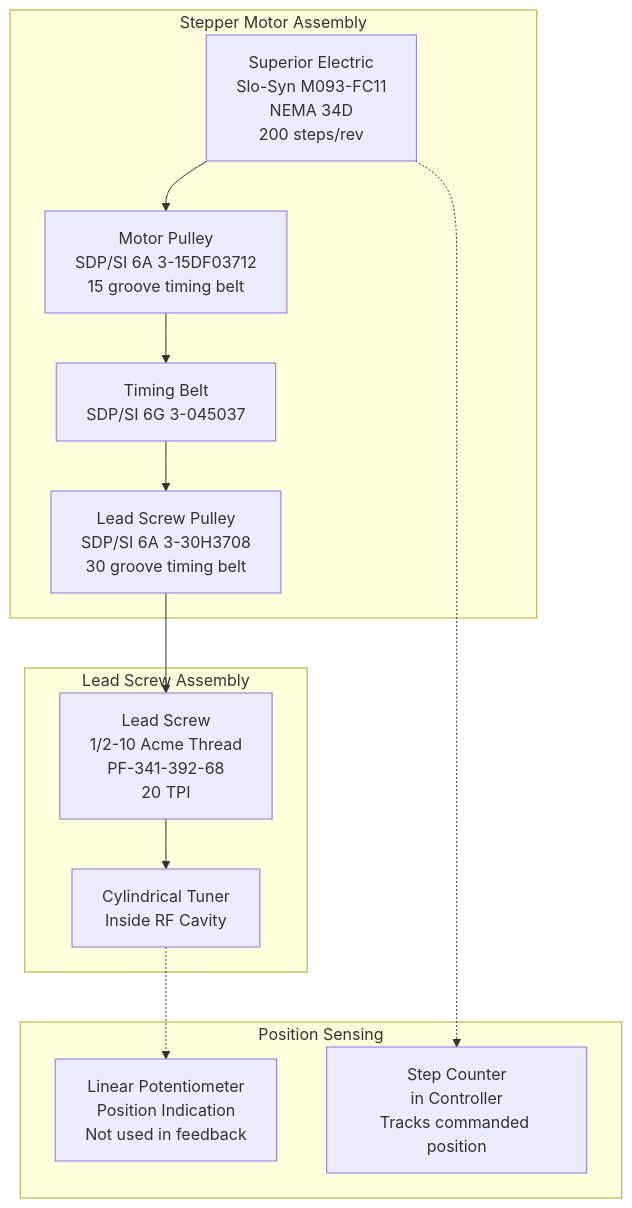
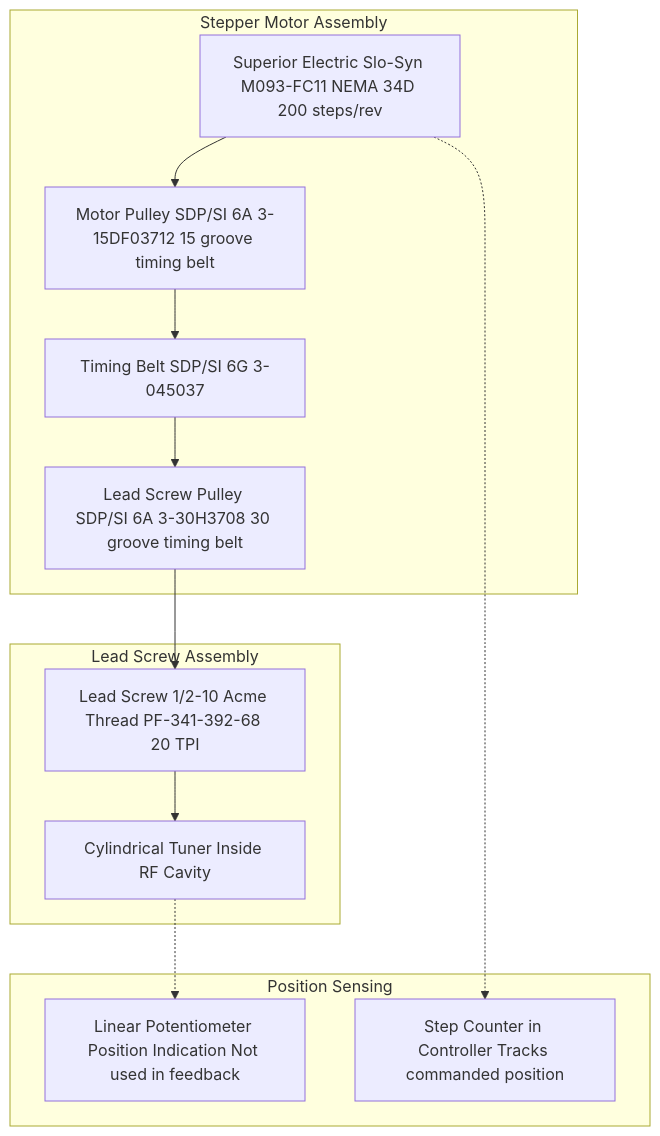
Before and after one commit to fayaw/spearlegacyLLRF: diagram 12 of 18 in SPEAR3_LLRF_COMPREHENSIVE_ANALYSIS.md, drawn with Mermaid. The commit also changed other lines of this file, not shown here.

First line of the commit message:
Fix Mermaid diagram syntax errors

````diff
--- a/SPEAR3_LLRF_COMPREHENSIVE_ANALYSIS.md
+++ b/SPEAR3_LLRF_COMPREHENSIVE_ANALYSIS.md
@@ -579,33 +579,33 @@
 ```mermaid
 graph TB
-    subgraph "Stepper Motor Assembly"
-        Motor[Superior Electric<br/>Slo-Syn M093-FC11<br/>NEMA 34D<br/>200 steps/rev]
-        
-        Motor_Pulley[Motor Pulley<br/>SDP/SI 6A 3-15DF03712<br/>15 groove timing belt]
-        
-        Belt[Timing Belt<br/>SDP/SI 6G 3-045037]
-        
-        Screw_Pulley[Lead Screw Pulley<br/>SDP/SI 6A 3-30H3708<br/>30 groove timing belt]
-    end
-    
-    subgraph "Lead Screw Assembly"
-        Lead_Screw[Lead Screw<br/>1/2-10 Acme Thread<br/>PF-341-392-68<br/>20 TPI]
-        
-        Tuner_Element[Cylindrical Tuner<br/>Inside RF Cavity]
-    end
-    
-    subgraph "Position Sensing"
-        Potentiometer[Linear Potentiometer<br/>Position Indication<br/>Not used in feedback]
-        
-        Step_Counter[Step Counter<br/>in Controller<br/>Tracks commanded position]
-    end
-    
-    Motor --> Motor_Pulley
-    Motor_Pulley --> Belt
-    Belt --> Screw_Pulley
-    Screw_Pulley --> Lead_Screw
-    Lead_Screw --> Tuner_Element
-    
-    Tuner_Element -.-> Potentiometer
-    Motor -.-> Step_Counter
+ subgraph "Stepper Motor Assembly"
+ Motor[Superior Electric Slo-Syn M093-FC11 NEMA 34D 200 steps/rev]
+ 
+ Motor_Pulley[Motor Pulley SDP/SI 6A 3-15DF03712 15 groove timing belt]
+ 
+ Belt[Timing Belt SDP/SI 6G 3-045037]
+ 
+ Screw_Pulley[Lead Screw Pulley SDP/SI 6A 3-30H3708 30 groove timing belt]
+ end
+ 
+ subgraph "Lead Screw Assembly"
+ Lead_Screw[Lead Screw 1/2-10 Acme Thread PF-341-392-68 20 TPI]
+ 
+ Tuner_Element[Cylindrical Tuner Inside RF Cavity]
+ end
+ 
+ subgraph "Position Sensing"
+ Potentiometer[Linear Potentiometer Position Indication Not used in feedback]
+ 
+ Step_Counter[Step Counter in Controller Tracks commanded position]
+ end
+ 
+ Motor --> Motor_Pulley
+ Motor_Pulley --> Belt
+ Belt --> Screw_Pulley
+ Screw_Pulley --> Lead_Screw
+ Lead_Screw --> Tuner_Element
+ 
+ Tuner_Element -.-> Potentiometer
+ Motor -.-> Step_Counter
 ```
````
